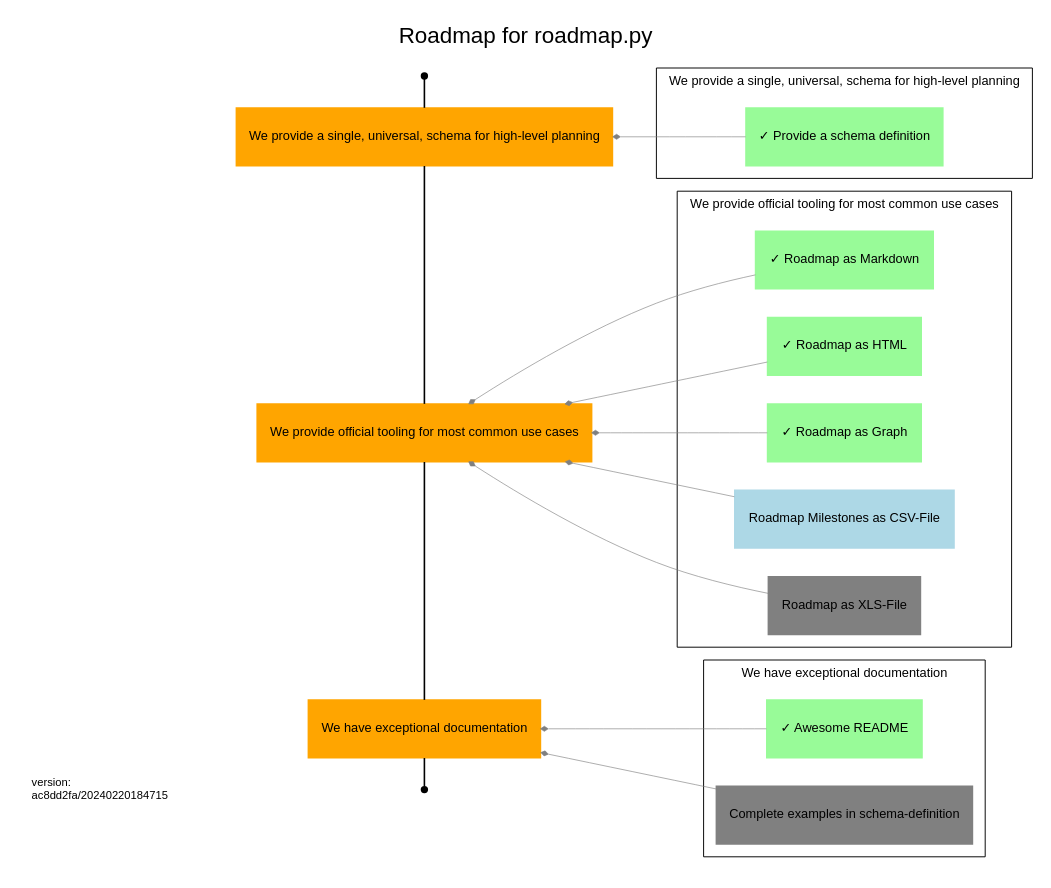
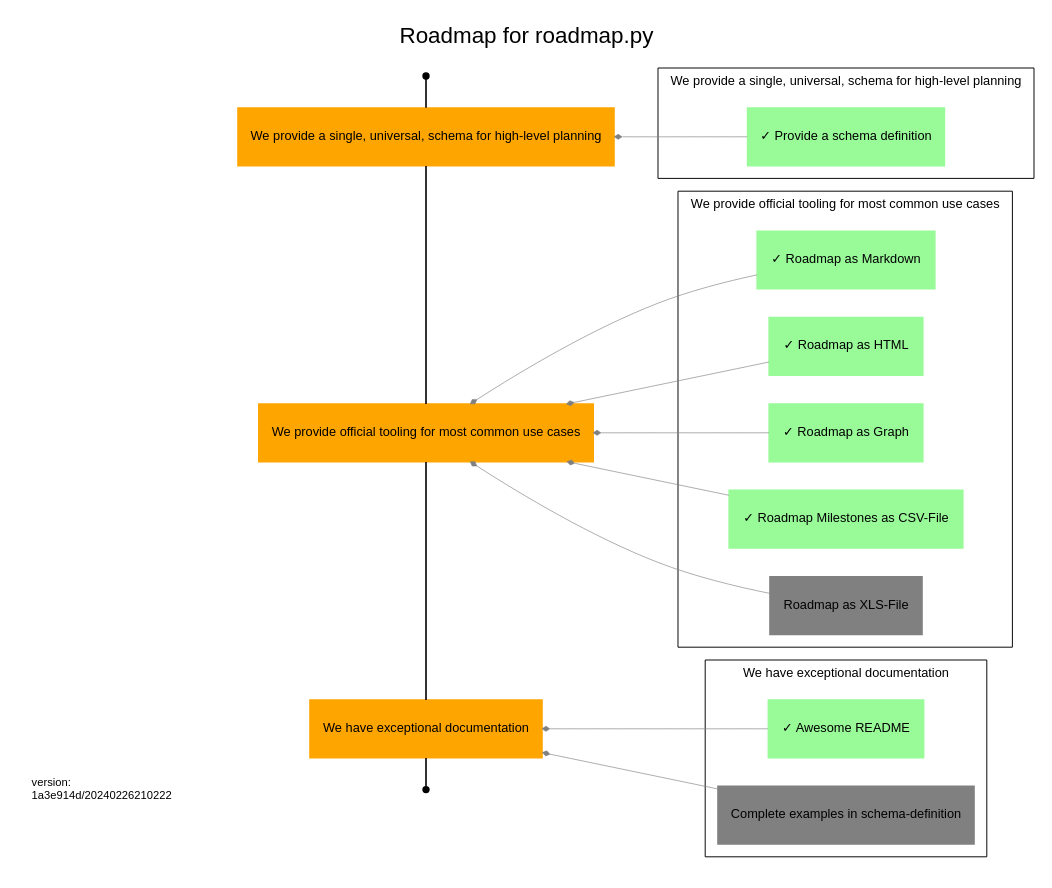
One commit to uroflavin/roadmap changed the diagram in roadmap/roadmap.dot. Above: the diagram before and after it, drawn with Graphviz. The commit also changed 26 other files, not shown here.

```diff
--- a/roadmap/roadmap.dot
+++ b/roadmap/roadmap.dot
@@ -1,143 +1,143 @@
 digraph Roadmap {
   rankdir=RL;
   label="Roadmap for roadmap.py"
   tooltip="This is the planning roadmap for the [uroflavin/roadmap](https://github.com/uroflavin/roadmap) project. 
 It acts as both the plan for implementing this tool as well as a demonstration of what a roadmap might look like.
 
 One good example is this roadmap itself. 
 What to-do and what is already done to implement roadmap.py can you see in this picture.
 
 ![Roadmap Objectives and Keyresults, rendered from roadmap.yml](roadmap.dot.png)
 
 One of the things you'll immediately notice about this file is that it uses *Markdown* for formatting of text and is designed around a structured YAML schema. 
 The goal is to make this as easy as possible for humans to read and reason about, while also enabling powerful visualizations to be generated based on the content.
 ";
   fontname="Arial";
   labelloc="t";
 
   node[style="filled",shape="rectangle",color="orange",fontname="Arial",fontsize=8];
   edge[weight=1,group="milestones",arrowhead="none"];
 
   {
 	rank=same;
 
 	start[label="Start",shape="point",color="",tooltip="This is the start of your roadmap."];
     end[label="End",shape="point",color="",tooltip="This is the end of your roadmap."];
     
     
     o1 [label="We provide a single, universal, schema for high-level planning",tooltip="The goal of this project is, primarily, to provide a single schema that can be used by different teams to describe the work they are doing and their future intentions. 
 The usefulness and applicability of this schema to real-world problem domains will determine whether anything else we do here is of value.
 "];
         
             "start" -> o1;
         
     o2 [label="We provide official tooling for most common use cases",tooltip="While the goal of having a single unified schema for planning is that it enables the development of tools that automate various aspects of planning, most teams are not going to adopt this if the fundamentals aren't already solved for them. 
 This includes things like being able to visualize your road map in common formats, validating it against the schema etc.
 "];
         
             o1 -> o2;
         
     o3 [label="We have exceptional documentation",tooltip="Adoption of something intended to make planning easier is only going to be successful if it is easy to use, and a critical part of that is great documentation. 
 Our goal is that someone with no familiarity with our tooling can ramp up and have an initial road map ready for use within only a few minutes.
 "];
         
             o2 -> o3;
         
             o3 -> "end" ;
         }
   node[color="grey"];
   edge[weight=5,color="grey",penwidth=0.4,arrowsize=0.4,group="dependencies",arrowhead="diamond"];
 
   
         
         subgraph cluster_o1 {
             label="We provide a single, universal, schema for high-level planning";
             tooltip="The goal of this project is, primarily, to provide a single schema that can be used by different teams to describe the work they are doing and their future intentions. 
 The usefulness and applicability of this schema to real-world problem domains will determine whether anything else we do here is of value.
 ";
             fontsize=8;
             penwidth=0.6;
             
                 
                 
                     
                 o1_r1 [label="✓ Provide a schema definition",tooltip="Develop a schema that fulfills the main requirements of the objective",color="palegreen"];
                 o1_r1 -> o1;
             }
     
         
         subgraph cluster_o2 {
             label="We provide official tooling for most common use cases";
             tooltip="While the goal of having a single unified schema for planning is that it enables the development of tools that automate various aspects of planning, most teams are not going to adopt this if the fundamentals aren't already solved for them. 
 This includes things like being able to visualize your road map in common formats, validating it against the schema etc.
 ";
             fontsize=8;
             penwidth=0.6;
             
                 
                 
                     
                 o2_r1 [label="✓ Roadmap as Markdown",tooltip="We should be able to generate some markdown out of roadmap.yml
 ",color="palegreen"];
                 o2_r1 -> o2;
             
                 
                 
                     
                 o2_r2 [label="✓ Roadmap as HTML",tooltip="We should be able to generate some html out of roadmap.yml
 ",color="palegreen"];
                 o2_r2 -> o2;
             
                 
                 
                     
                 o2_r3 [label="✓ Roadmap as Graph",tooltip="We should be able to generate some dot out of roadmap.yml
 ",color="palegreen"];
                 o2_r3 -> o2;
             
                 
                 
                     
-                o2_r4 [label="Roadmap Milestones as CSV-File",tooltip="Excel is THE projectmanagement tool. 
+                o2_r4 [label="✓ Roadmap Milestones as CSV-File",tooltip="Excel is THE projectmanagement tool. 
 To render some progress in your favorite tool ;-) we should be able to generate some csv out of roadmap.yml-milestone and deliverables.
 CSV is limited capable for exporting everything, so this would be a good first step towards Roadmap als XLS-File.
-",color="lightblue"];
+",color="palegreen"];
                 o2_r4 -> o2;
             
                 
                 
                     
                 o2_r5 [label="Roadmap as XLS-File",tooltip="We should be able to generate some xls out of roadmap.yml
 ",color="grey"];
                 o2_r5 -> o2;
             }
     
         
         subgraph cluster_o3 {
             label="We have exceptional documentation";
             tooltip="Adoption of something intended to make planning easier is only going to be successful if it is easy to use, and a critical part of that is great documentation. 
 Our goal is that someone with no familiarity with our tooling can ramp up and have an initial road map ready for use within only a few minutes.
 ";
             fontsize=8;
             penwidth=0.6;
             
                 
                 
                     
                 o3_r1 [label="✓ Awesome README",tooltip="We need to complete our README explaining the purpose of this project and giving some basic examples of its use.
 ",color="palegreen"];
                 o3_r1 -> o3;
             
                 
                 
                     
                 o3_r2 [label="Complete examples in schema-definition",tooltip="Complete the examples so that every user of the schema is able to find suitable examples for their specific use cases",color="grey"];
                 o3_r2 -> o3;
             }
     subgraph footer {
                 {
                     rank="sink"; 
-                    footer [fontsize=7 shape="box" color="white" label="version:\lac8dd2fa/20240220184715\l"];
+                    footer [fontsize=7 shape="box" color="white" label="version:\l1a3e914d/20240226210222\l"];
                 }
             }
 }
```
